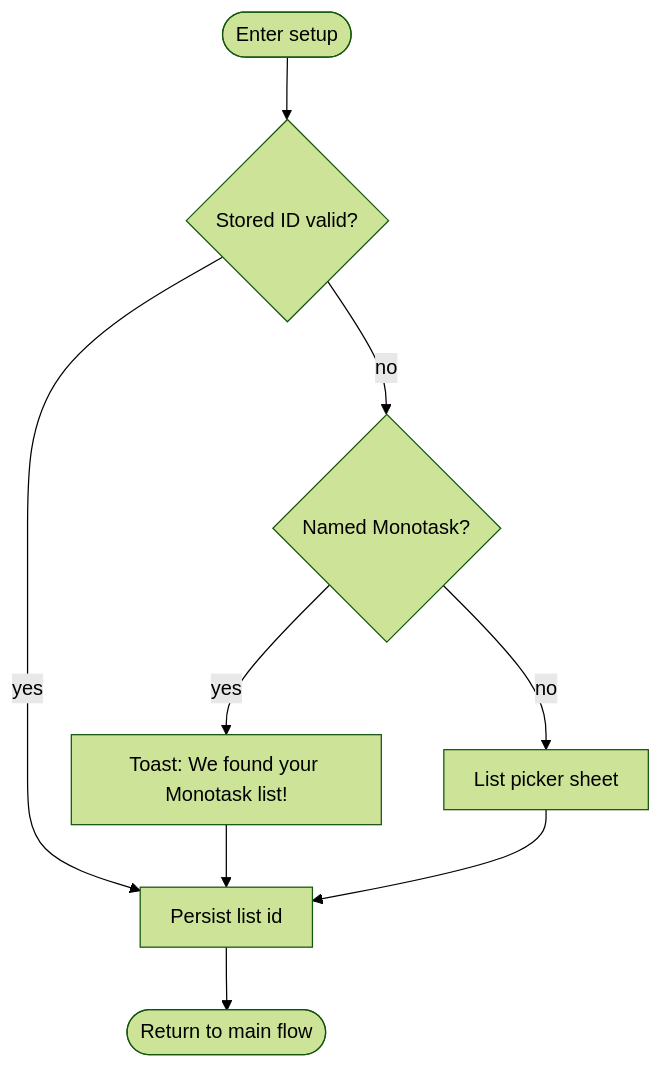
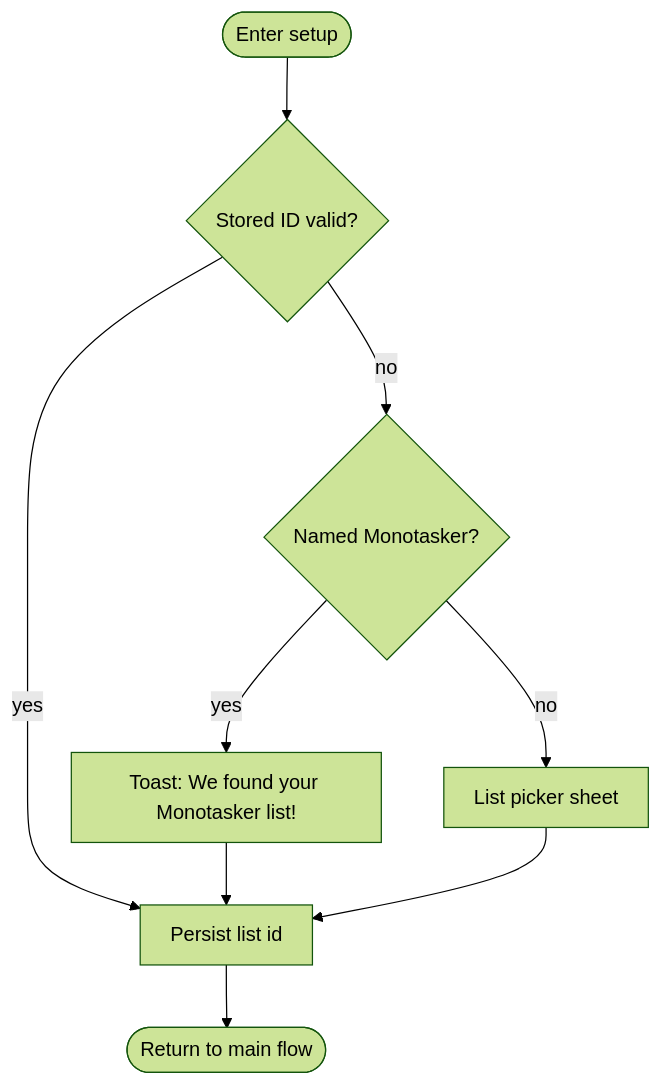
Before and after one commit to jplummer/monotask: the second of 2 diagrams in docs/PLAN.md, drawn with Mermaid (forest theme). The commit also changed other lines of this file and 90 other files, not shown here.

````diff
--- a/docs/PLAN.md
+++ b/docs/PLAN.md
@@ -96,20 +96,20 @@
 ```mermaid
 %%{init: {'flowchart': {'curve': 'basis', 'padding': 12}}}%%
 flowchart TB
   Enter([Enter setup])
   StoredId{Stored ID valid?}
-  NameMatch{Named Monotask?}
-  Toast["Toast: We found your Monotask list!"]
+  NameMatch{Named Monotasker?}
+  Toast["Toast: We found your Monotasker list!"]
   Picker[List picker sheet]
   Persist[Persist list id]
   Exit([Return to main flow])
 
   Enter --> StoredId
   StoredId -->|yes| Persist
   StoredId -->|no| NameMatch
   NameMatch -->|yes| Toast
   Toast --> Persist
   NameMatch -->|no| Picker
   Picker --> Persist
   Persist --> Exit
 ```
````
